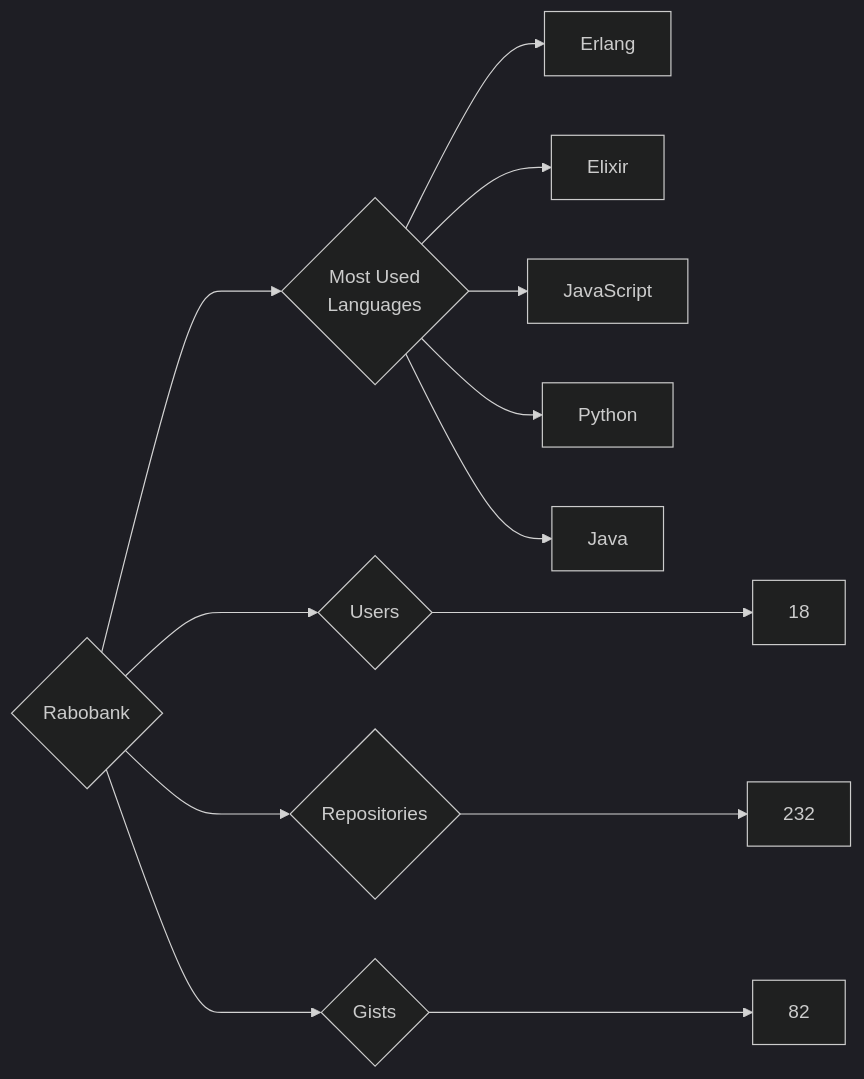
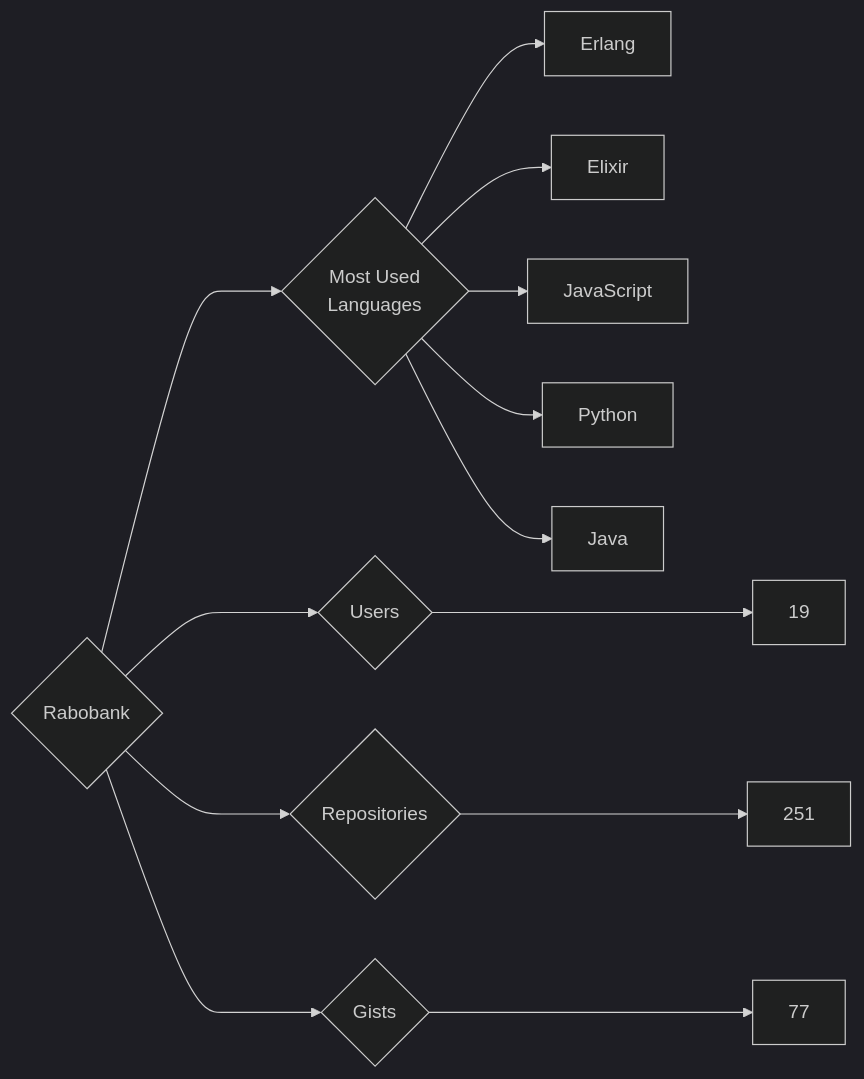
Before and after one commit to trickest/insiders: the diagram in targets/Rabobank/README.md, drawn with Mermaid (dark theme). The commit also changed 898 other files, not shown here.

````diff
--- a/targets/Rabobank/README.md
+++ b/targets/Rabobank/README.md
@@ -3,13 +3,13 @@
 ```mermaid
 graph LR
 COMPANY_NAME{Rabobank}
-COMPANY_NAME ---> U{Users} ---> UN[18]
-COMPANY_NAME ---> R{Repositories} ---> RN[232]
-COMPANY_NAME ---> G{Gists} ---> GN[82]
+COMPANY_NAME ---> U{Users} ---> UN[19]
+COMPANY_NAME ---> R{Repositories} ---> RN[251]
+COMPANY_NAME ---> G{Gists} ---> GN[77]
 COMPANY_NAME ---> ML{Most Used<br>Languages}
 ML --> Erlang[Erlang]
 ML --> Elixir[Elixir]
 ML --> JavaScript[JavaScript]
 ML --> Python[Python]
 ML --> Java[Java]
 ```
````
